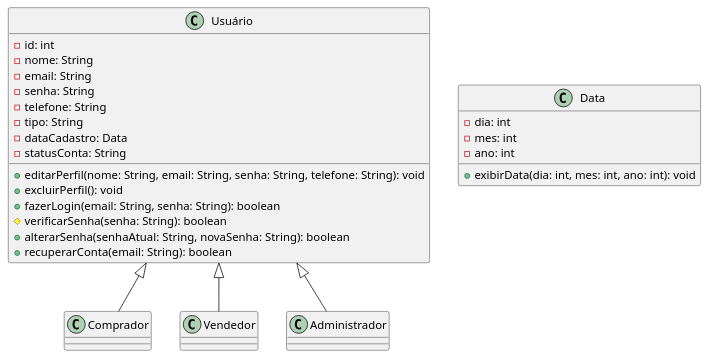
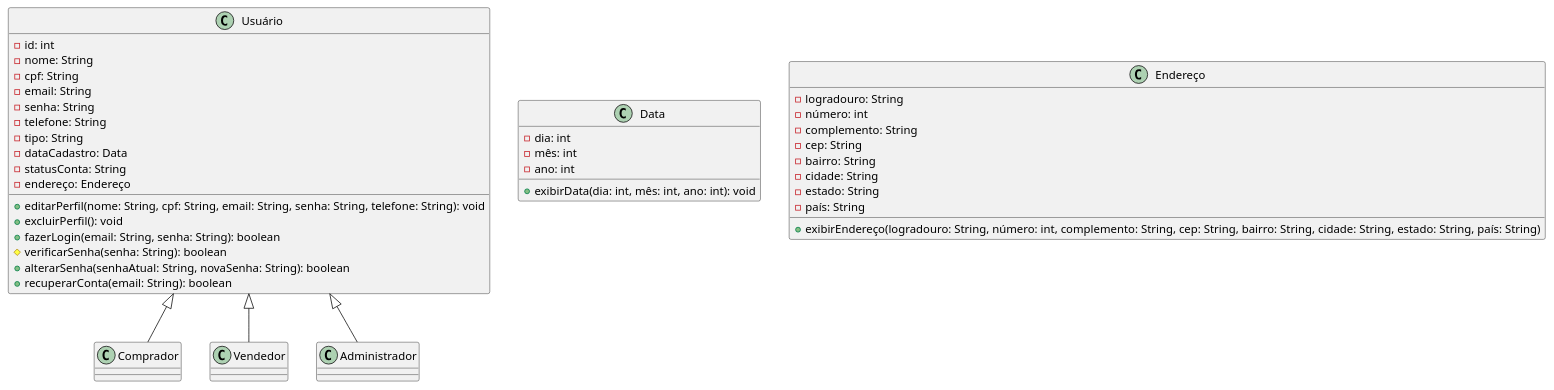
The diagram in classes.md (guilhermeoliveirateo/sistema-compra-venda-veiculos), drawn with PlantUML before and after one commit.

````diff
--- a/classes.md
+++ b/classes.md
@@ -9,48 +9,63 @@
 ``` plantuml
 @startuml 
 
 class Usuário {
 -id: int
 -nome: String
+-cpf: String
 -email: String
 -senha: String
 -telefone: String
 -tipo: String
 -dataCadastro: Data
 -statusConta: String
+-endereço: Endereço
 
-+editarPerfil(nome: String, email: String, senha: String, telefone: String): void
++editarPerfil(nome: String, cpf: String, email: String, senha: String, telefone: String): void
 +excluirPerfil(): void
 +fazerLogin(email: String, senha: String): boolean
 #verificarSenha(senha: String): boolean
 +alterarSenha(senhaAtual: String, novaSenha: String): boolean
 +recuperarConta(email: String): boolean
 
 }
 
 class Comprador {
 
 }
 
 class Vendedor {
 
 }
 
 class Administrador {
 
 }
 
 Usuário <|-- Comprador
 Usuário <|-- Vendedor
 Usuário <|-- Administrador
 
 class Data {
 -dia: int
--mes: int
+-mês: int
 -ano: int
 
-+exibirData(dia: int, mes: int, ano: int): void
++exibirData(dia: int, mês: int, ano: int): void
+}
+
+class Endereço {
+-logradouro: String
+-número: int
+-complemento: String
+-cep: String
+-bairro: String
+-cidade: String
+-estado: String
+-país: String
+
++exibirEndereço(logradouro: String, número: int, complemento: String, cep: String, bairro: String, cidade: String, estado: String, país: String)
 }
  
 @enduml
 ```
````
